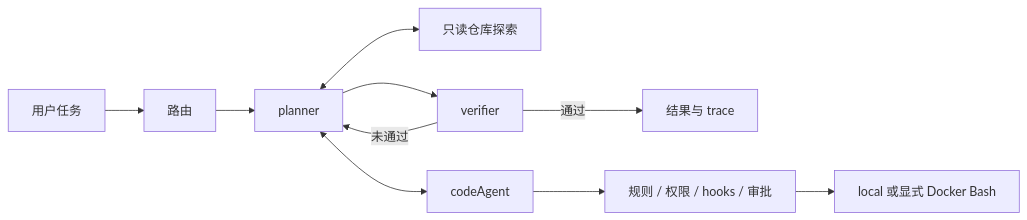
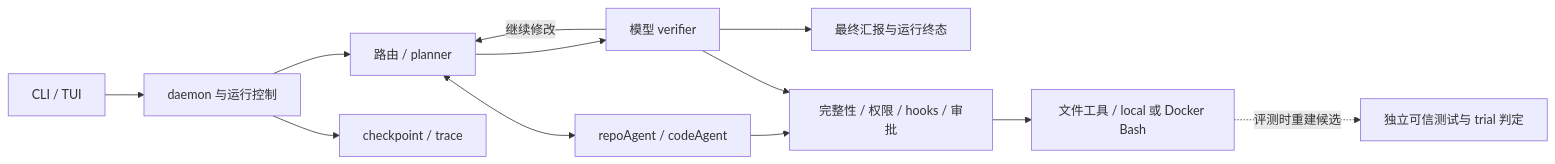
The diagram in README.md (nicedream18/CodeAgent), drawn with Mermaid before and after one commit. The commit also changed other lines of this file and 51 other files, not shown here.

````diff
--- a/README.md
+++ b/README.md
@@ -5,12 +5,14 @@
 ```mermaid
 flowchart LR
-    U[用户任务] --> R[路由]
-    R --> P[planner]
-    P <--> E[只读仓库探索]
-    P <--> C[codeAgent]
-    P --> V[verifier]
-    V -->|未通过| P
-    V -->|通过| F[结果与 trace]
-    C --> T[规则 / 权限 / hooks / 审批]
-    T --> B[local 或显式 Docker Bash]
+    UI[CLI / TUI] --> D[daemon 与运行控制]
+    D --> R[路由 / planner]
+    R <--> S[repoAgent / codeAgent]
+    R --> V[模型 verifier]
+    V -->|继续修改| R
+    V --> F[最终汇报与运行终态]
+    S --> T[完整性 / 权限 / hooks / 审批]
+    V --> T
+    T --> B[文件工具 / local 或 Docker Bash]
+    D --> A[checkpoint / trace]
+    B -.评测时重建候选.-> G[独立可信测试与 trial 判定]
 ```
````
